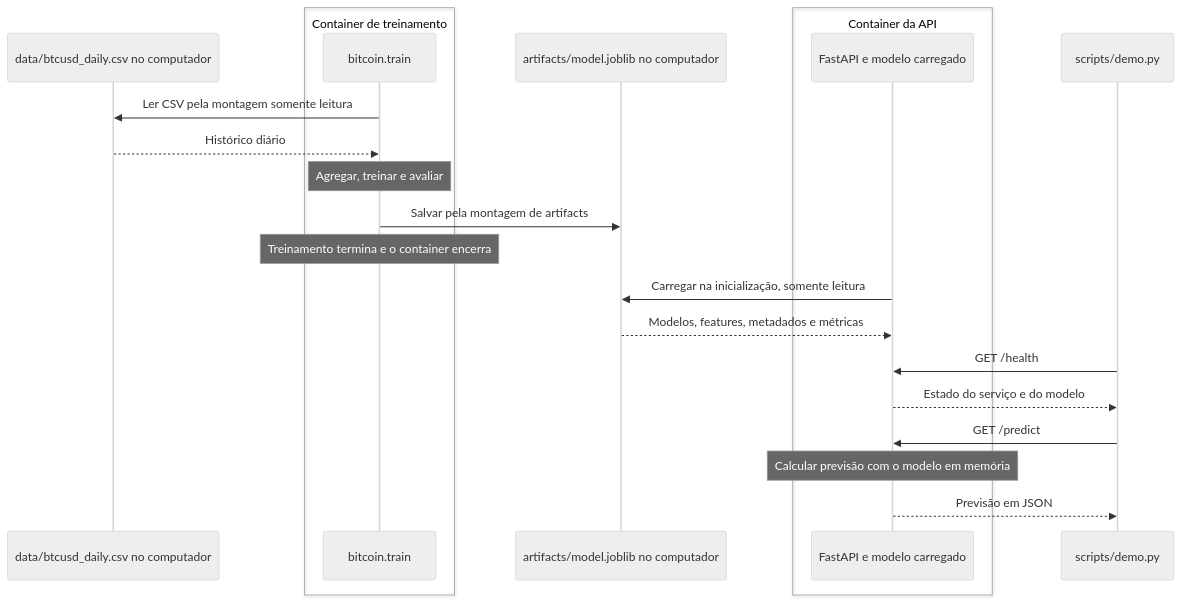
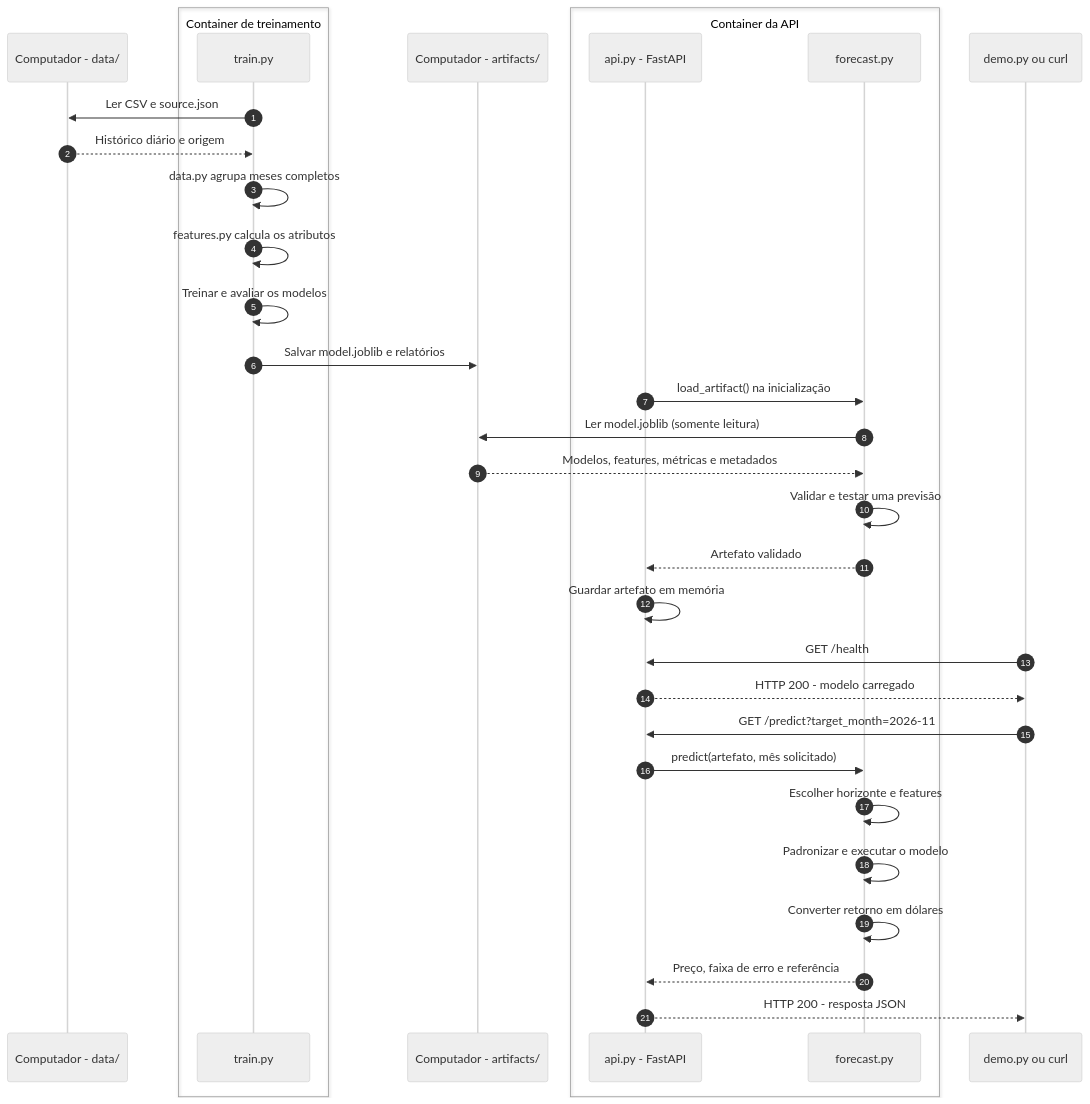
One commit to loreggarcia/Docker-ponderada changed the first of 2 diagrams in README.md. Above: the diagram before and after it, drawn with Mermaid (neutral theme). The commit also changed other lines of this file, not shown here.

````diff
--- a/README.md
+++ b/README.md
@@ -275,24 +149,39 @@
 ```mermaid
 sequenceDiagram
-    participant Dados as data/btcusd_daily.csv no computador
+    autonumber
+    participant dados as Computador - data/
     box Container de treinamento
-        participant Treino as bitcoin.train
+        participant treino as train.py
     end
-    participant Modelo as artifacts/model.joblib no computador
+    participant arquivos as Computador - artifacts/
     box Container da API
-        participant API as FastAPI e modelo carregado
+        participant api as api.py - FastAPI
+        participant previsao as forecast.py
     end
-    participant Cliente as scripts/demo.py
-    Treino->>Dados: Ler CSV pela montagem somente leitura
-    Dados-->>Treino: Histórico diário
-    Note over Treino: Agregar, treinar e avaliar
-    Treino->>Modelo: Salvar pela montagem de artifacts
-    Note over Treino: Treinamento termina e o container encerra
-    API->>Modelo: Carregar na inicialização, somente leitura
-    Modelo-->>API: Modelos, features, metadados e métricas
-    Cliente->>API: GET /health
-    API-->>Cliente: Estado do serviço e do modelo
-    Cliente->>API: GET /predict
-    Note over API: Calcular previsão com o modelo em memória
-    API-->>Cliente: Previsão em JSON
+    participant cliente as demo.py ou curl
+
+    treino->>dados: Ler CSV e source.json
+    dados-->>treino: Histórico diário e origem
+    treino->>treino: data.py agrupa meses completos
+    treino->>treino: features.py calcula os atributos
+    treino->>treino: Treinar e avaliar os modelos
+    treino->>arquivos: Salvar model.joblib e relatórios
+
+    api->>previsao: load_artifact() na inicialização
+    previsao->>arquivos: Ler model.joblib (somente leitura)
+    arquivos-->>previsao: Modelos, features, métricas e metadados
+    previsao->>previsao: Validar e testar uma previsão
+    previsao-->>api: Artefato validado
+    api->>api: Guardar artefato em memória
+
+    cliente->>api: GET /health
+    api-->>cliente: HTTP 200 - modelo carregado
+
+    cliente->>api: GET /predict?target_month=2026-11
+    api->>previsao: predict(artefato, mês solicitado)
+    previsao->>previsao: Escolher horizonte e features
+    previsao->>previsao: Padronizar e executar o modelo
+    previsao->>previsao: Converter retorno em dólares
+    previsao-->>api: Preço, faixa de erro e referência
+    api-->>cliente: HTTP 200 - resposta JSON
 ```
````
